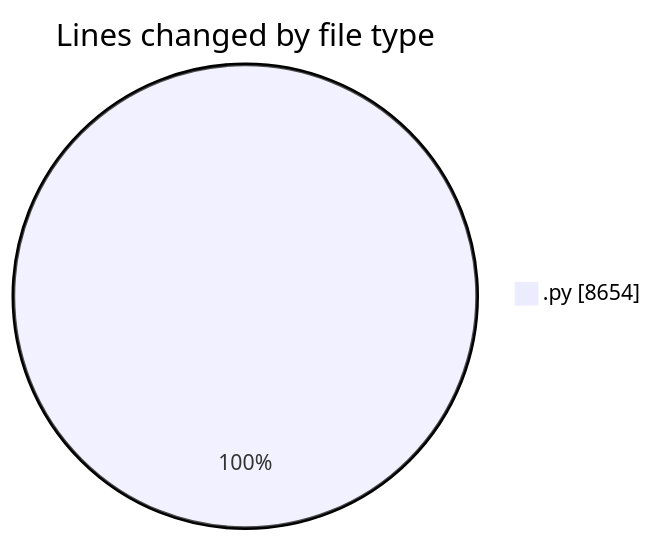
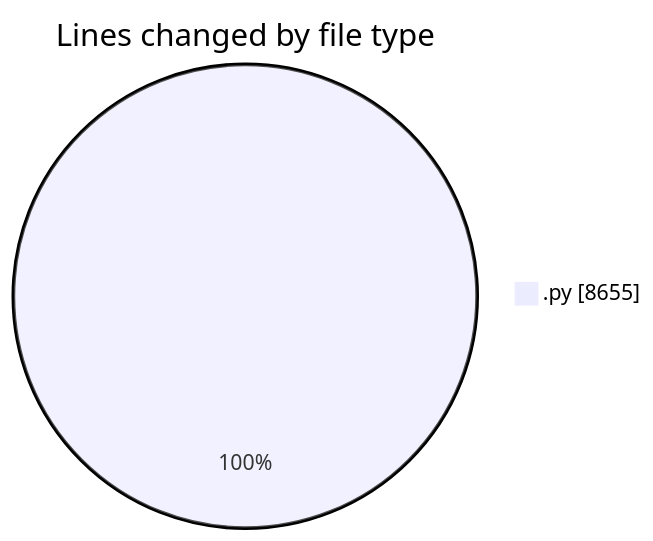
Before and after one commit to MatusMokan/code-tracking: the first of 2 diagrams in 2025-04-12/myws__workspace_/README.md, drawn with Mermaid. The commit also changed other lines of this file and 1 other file, not shown here.

````diff
--- a/2025-04-12/myws__workspace_/README.md
+++ b/2025-04-12/myws__workspace_/README.md
@@ -28,5 +28,5 @@
 ```mermaid
 pie showData
 title Lines changed by file type
-".py" : 8654
+".py" : 8655
 ```
````
